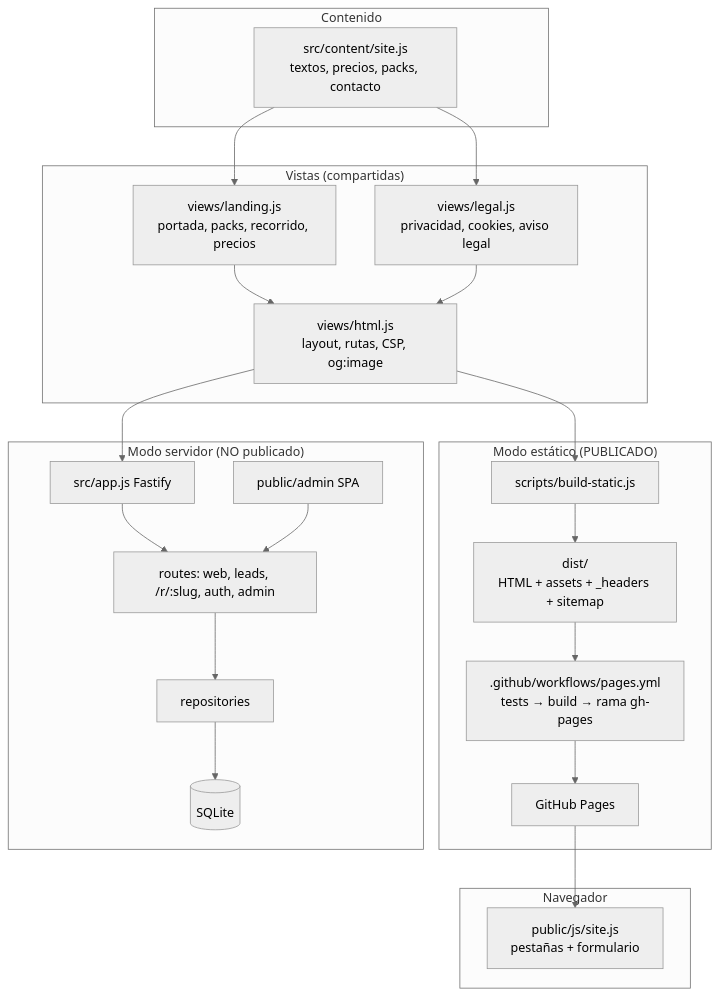
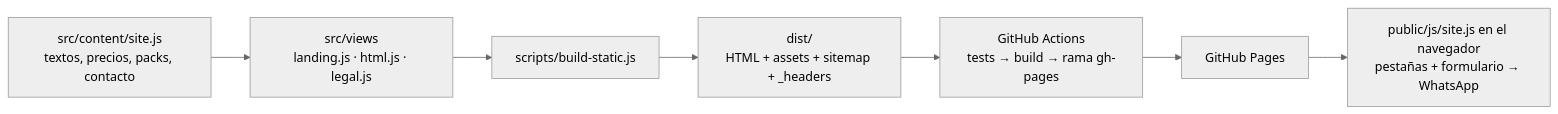
Before and after one commit to arieldiaz662-svg/Alcance-isle-o-: the diagram in docs/AUDITORIA.md, drawn with Mermaid (neutral theme). The commit also changed other lines of this file and 36 other files, not shown here.

First line of the commit message:
Archiva la aplicación con servidor: el repositorio queda como landing estática

````diff
--- a/docs/AUDITORIA.md
+++ b/docs/AUDITORIA.md
@@ -20,32 +20,9 @@
 ```mermaid
-flowchart TB
-  subgraph Contenido
-    C[src/content/site.js<br/>textos, precios, packs, contacto]
-  end
-  subgraph Vistas["Vistas (compartidas)"]
-    L[views/landing.js<br/>portada, packs, recorrido, precios]
-    H[views/html.js<br/>layout, rutas, CSP, og:image]
-    G[views/legal.js<br/>privacidad, cookies, aviso legal]
-  end
-  C --> L & G
-  L & G --> H
-
-  subgraph Estatica["Modo estático (PUBLICADO)"]
-    B[scripts/build-static.js] --> D[dist/<br/>HTML + assets + _headers + sitemap]
-    D --> W[.github/workflows/pages.yml<br/>tests → build → rama gh-pages]
-    W --> P[GitHub Pages]
-  end
-  H --> B
-
-  subgraph Servidor["Modo servidor (NO publicado)"]
-    A[src/app.js Fastify] --> R[routes: web, leads, /r/:slug, auth, admin]
-    R --> RP[repositories] --> DB[(SQLite)]
-    AD[public/admin SPA] --> R
-  end
-  H --> A
-
-  subgraph Navegador
-    JS[public/js/site.js<br/>pestañas + formulario]
-  end
-  P --> JS
+flowchart LR
+  C[src/content/site.js<br/>textos, precios, packs, contacto] --> V[src/views<br/>landing.js · html.js · legal.js]
+  V --> B[scripts/build-static.js]
+  B --> D[dist/<br/>HTML + assets + sitemap + _headers]
+  D --> W[GitHub Actions<br/>tests → build → rama gh-pages]
+  W --> P[GitHub Pages]
+  P --> JS[public/js/site.js en el navegador<br/>pestañas + formulario → WhatsApp]
 ```
````
